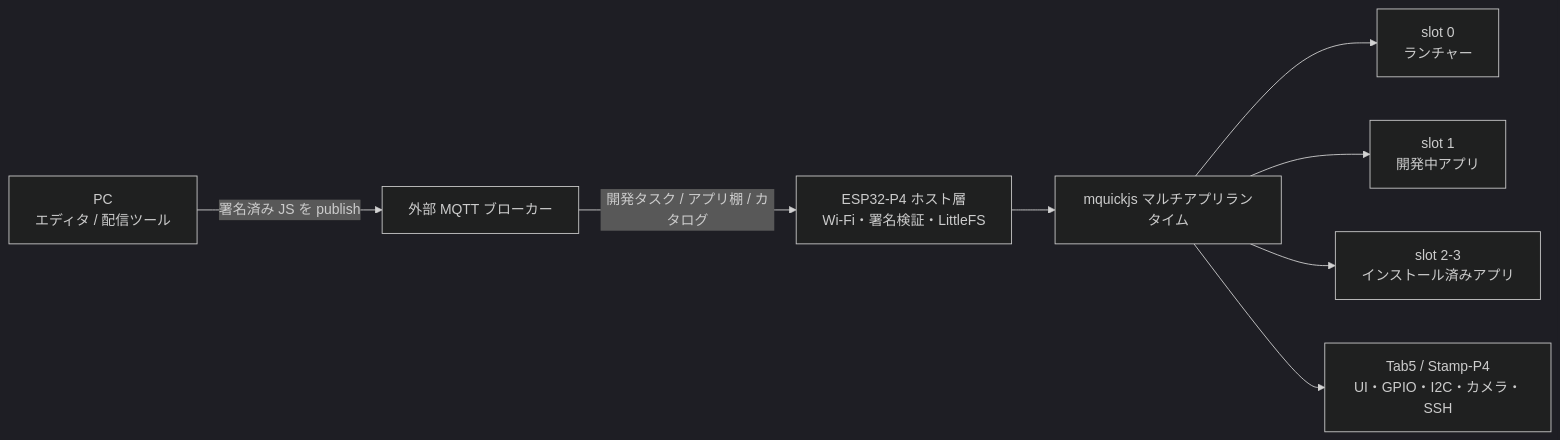
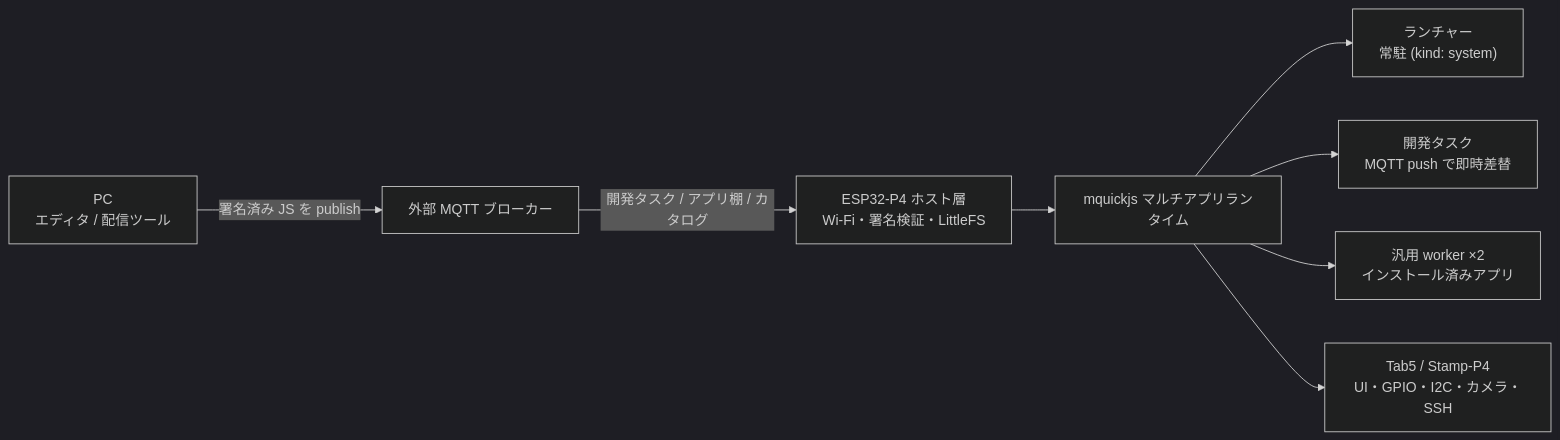
The first of 3 diagrams in README.md (dj-oyu/esp32p4-mqjs), drawn with Mermaid (dark theme) before and after one commit. The commit also changed other lines of this file and 1 other file, not shown here.

````diff
--- a/README.md
+++ b/README.md
@@ -60,10 +60,10 @@
 ```mermaid
 flowchart LR
     DEV["PC<br/>エディタ / 配信ツール"] -->|"署名済み JS を publish"| MQTT["外部 MQTT ブローカー"]
     MQTT -->|"開発タスク / アプリ棚 / カタログ"| HOST["ESP32-P4 ホスト層<br/>Wi-Fi・署名検証・LittleFS"]
     HOST --> RT["mquickjs マルチアプリランタイム"]
-    RT --> L["slot 0<br/>ランチャー"]
-    RT --> D["slot 1<br/>開発中アプリ"]
-    RT --> A["slot 2-3<br/>インストール済みアプリ"]
+    RT --> L["ランチャー<br/>常駐 (kind: system)"]
+    RT --> D["開発タスク<br/>MQTT push で即時差替"]
+    RT --> A["汎用 worker ×2<br/>インストール済みアプリ"]
     RT --> HW["Tab5 / Stamp-P4<br/>UI・GPIO・I2C・カメラ・SSH"]
 ```
````
